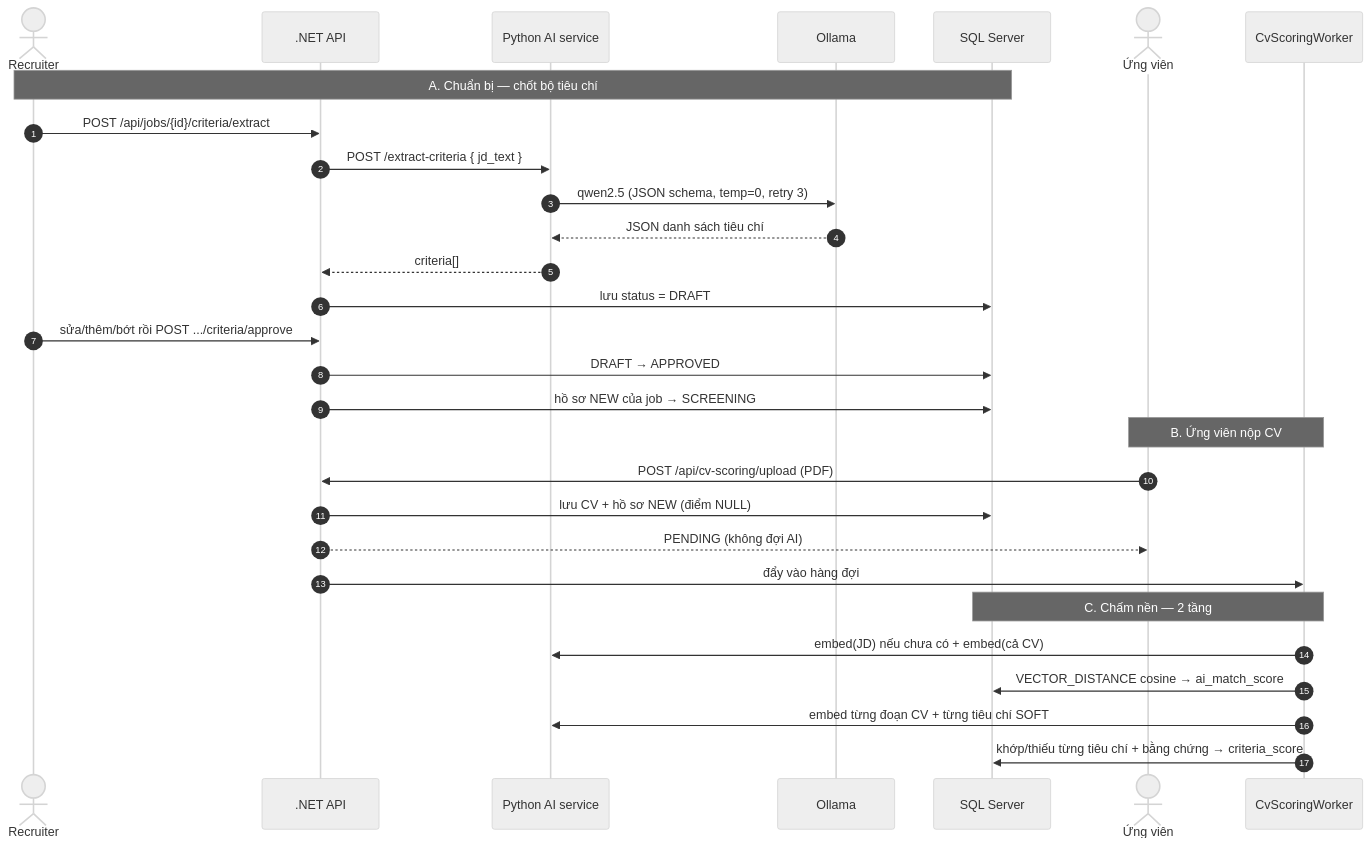
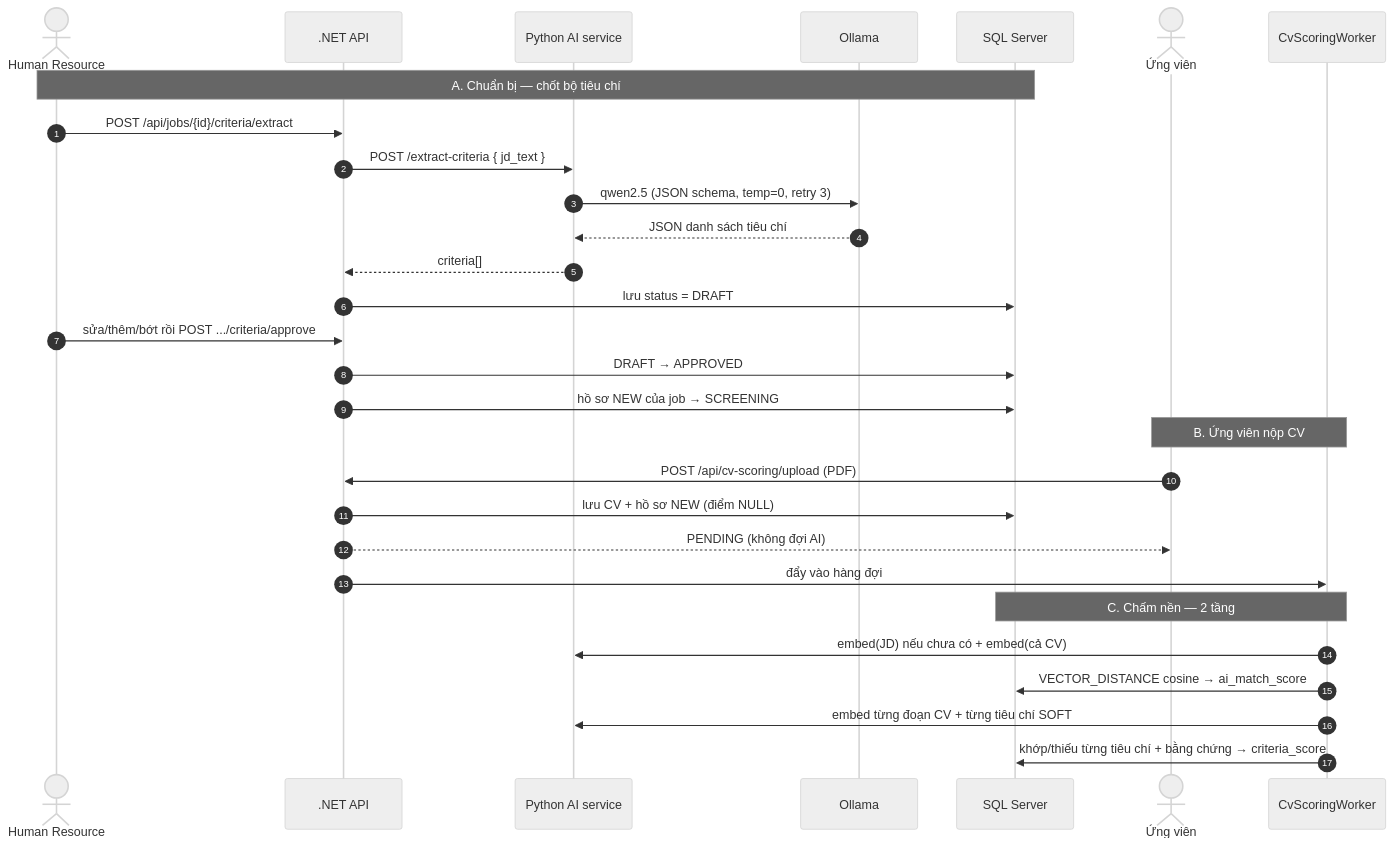
One commit to xXIOrehIXx/SRIS-Smart-Recruitment-and-Interview-System changed the diagram in Development/backend/docs/AI_SANG_LOC_CV.md. Above: the diagram before and after it, drawn with Mermaid (neutral theme). The commit also changed other lines of this file and 108 other files, not shown here.

First line of the commit message:
refactor: rename the Recruiter role to Human Resource

````diff
--- a/Development/backend/docs/AI_SANG_LOC_CV.md
+++ b/Development/backend/docs/AI_SANG_LOC_CV.md
@@ -23,34 +23,34 @@
 ```mermaid
 sequenceDiagram
     autonumber
-    actor R as Recruiter
+    actor R as Human Resource
     participant API as .NET API
     participant AI as Python AI service
     participant OL as Ollama
     participant DB as SQL Server
     actor C as Ứng viên
     participant W as CvScoringWorker
 
     Note over R,DB: A. Chuẩn bị — chốt bộ tiêu chí
     R->>API: POST /api/jobs/{id}/criteria/extract
     API->>AI: POST /extract-criteria { jd_text }
     AI->>OL: qwen2.5 (JSON schema, temp=0, retry 3)
     OL-->>AI: JSON danh sách tiêu chí
     AI-->>API: criteria[]
     API->>DB: lưu status = DRAFT
     R->>API: sửa/thêm/bớt rồi POST .../criteria/approve
     API->>DB: DRAFT → APPROVED
     API->>DB: hồ sơ NEW của job → SCREENING
 
     Note over C,W: B. Ứng viên nộp CV
     C->>API: POST /api/cv-scoring/upload (PDF)
     API->>DB: lưu CV + hồ sơ NEW (điểm NULL)
     API-->>C: PENDING (không đợi AI)
     API->>W: đẩy vào hàng đợi
 
     Note over W,DB: C. Chấm nền — 2 tầng
     W->>AI: embed(JD) nếu chưa có + embed(cả CV)
     W->>DB: VECTOR_DISTANCE cosine → ai_match_score
     W->>AI: embed từng đoạn CV + từng tiêu chí SOFT
     W->>DB: khớp/thiếu từng tiêu chí + bằng chứng → criteria_score
 ```
````
